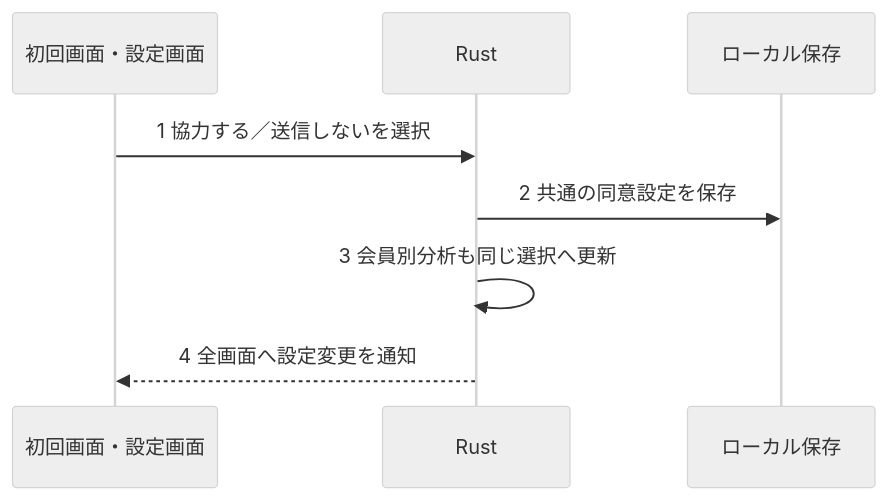
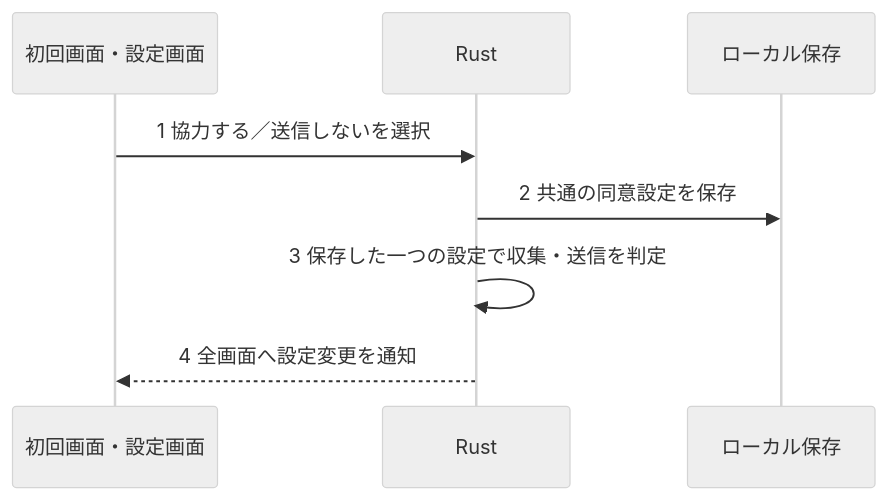
One commit to ore-no-fusen/ore-no-fusen changed the second of 4 diagrams in docs-v2/009_MEMBERSHIP.md. Above: the diagram before and after it, drawn with Mermaid (neutral theme). The commit also changed other lines of this file and 9 other files, not shown here.

````diff
--- a/docs-v2/009_MEMBERSHIP.md
+++ b/docs-v2/009_MEMBERSHIP.md
@@ -69,10 +69,10 @@
 ```mermaid
 sequenceDiagram
     participant UI as 初回画面・設定画面
     participant Rust as Rust
     participant Store as ローカル保存
     UI->>Rust: 1 協力する／送信しないを選択
     Rust->>Store: 2 共通の同意設定を保存
-    Rust->>Rust: 3 会員別分析も同じ選択へ更新
+    Rust->>Rust: 3 保存した一つの設定で収集・送信を判定
     Rust-->>UI: 4 全画面へ設定変更を通知
 ```
````
